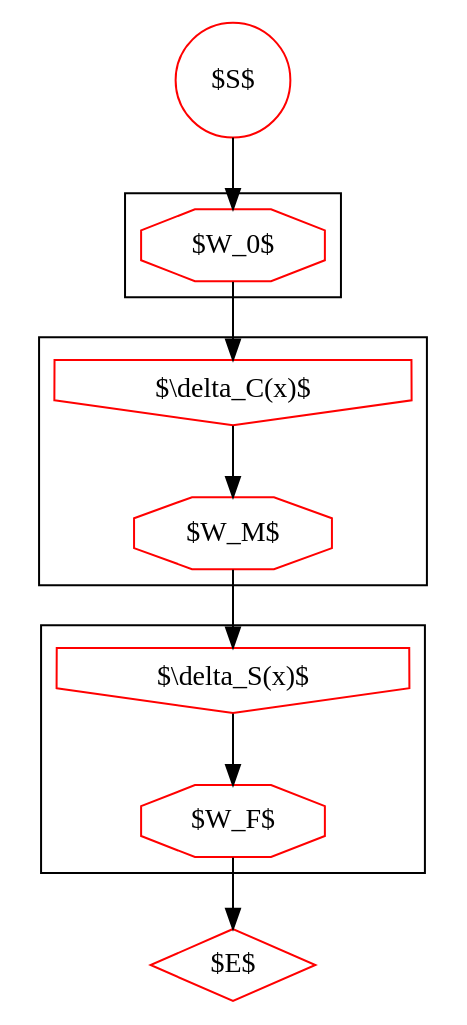
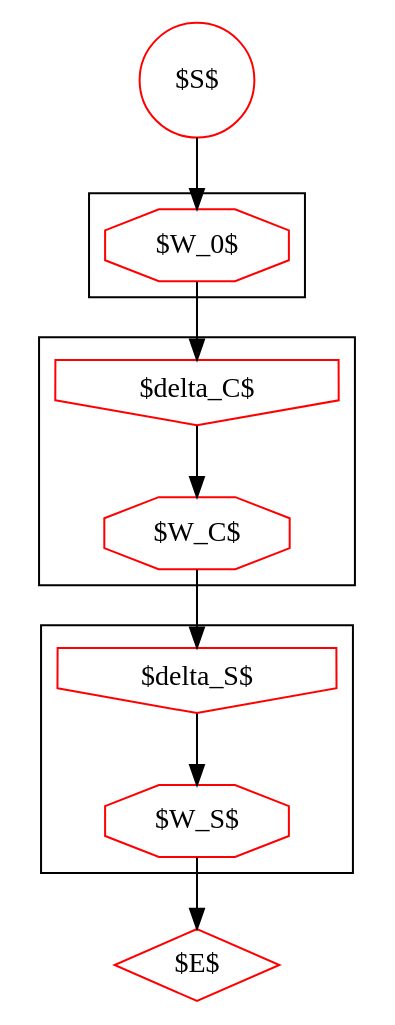
Before and after one commit to ihh/transducer-tutorial: the diagram in cs-labeled.dot, drawn with Graphviz. The commit also changed 14 other files, not shown here.

```diff
--- a/cs-labeled.dot
+++ b/cs-labeled.dot
@@ -1,20 +1,20 @@
 digraph G {
     S [label="$S$", shape=circle, color=red];
     E [label="$E$", shape=diamond, color=red];
 
 subgraph cluster_0 {
 	W0 [label="$W_0$", shape=octagon, color=red];
 }
 subgraph cluster_1 {
-    W1 [label="$W_M$", shape=octagon, color=red];
-    D1 [label="$\\delta_C(x)$", shape=invhouse, color=red];
+    W1 [label="$W_C$", shape=octagon, color=red];
+    D1 [label="$\delta_C$", shape=invhouse, color=red];
 }
 subgraph cluster_2 {
-    W2 [label="$W_F$", shape=octagon, color=red];
-    D2 [label="$\\delta_S(x)$", shape=invhouse, color=red];
+    W2 [label="$W_S$", shape=octagon, color=red];
+    D2 [label="$\delta_S$", shape=invhouse, color=red];
 }
 
 S->W0->D1->W1->D2->W2->E;
 
 
 }
```
